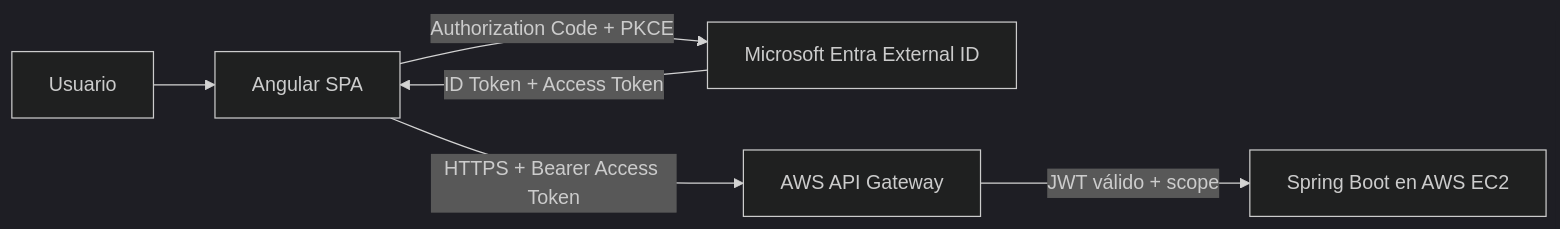
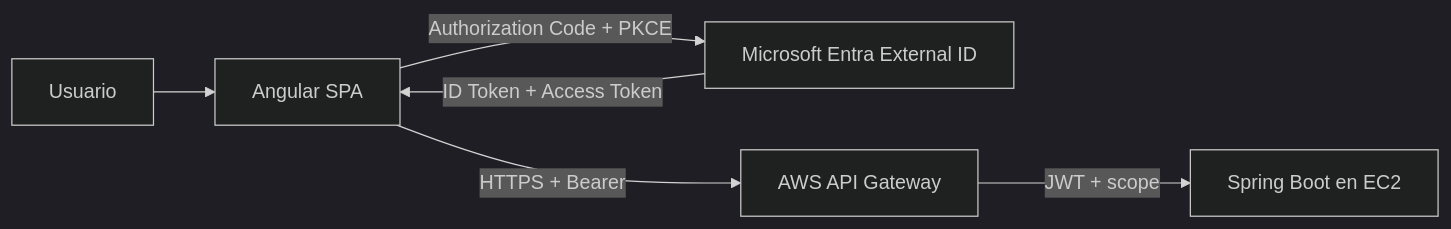
Before and after one commit to cmartinezs/DSY1107-DESARROLLO-CLOUD-NATIVE-I-2026-2: the diagram in guias-integradas/ev1/README.md, drawn with Mermaid (dark theme). The commit also changed other lines of this file, not shown here.

````diff
--- a/guias-integradas/ev1/README.md
+++ b/guias-integradas/ev1/README.md
@@ -9,8 +16,8 @@
 ```mermaid
 flowchart LR
     U[Usuario] --> F[Angular SPA]
     F -->|Authorization Code + PKCE| E[Microsoft Entra External ID]
     E -->|ID Token + Access Token| F
-    F -->|HTTPS + Bearer Access Token| G[AWS API Gateway]
-    G -->|JWT válido + scope| B[Spring Boot en AWS EC2]
+    F -->|HTTPS + Bearer| G[AWS API Gateway]
+    G -->|JWT + scope| B[Spring Boot en EC2]
 ```
````
